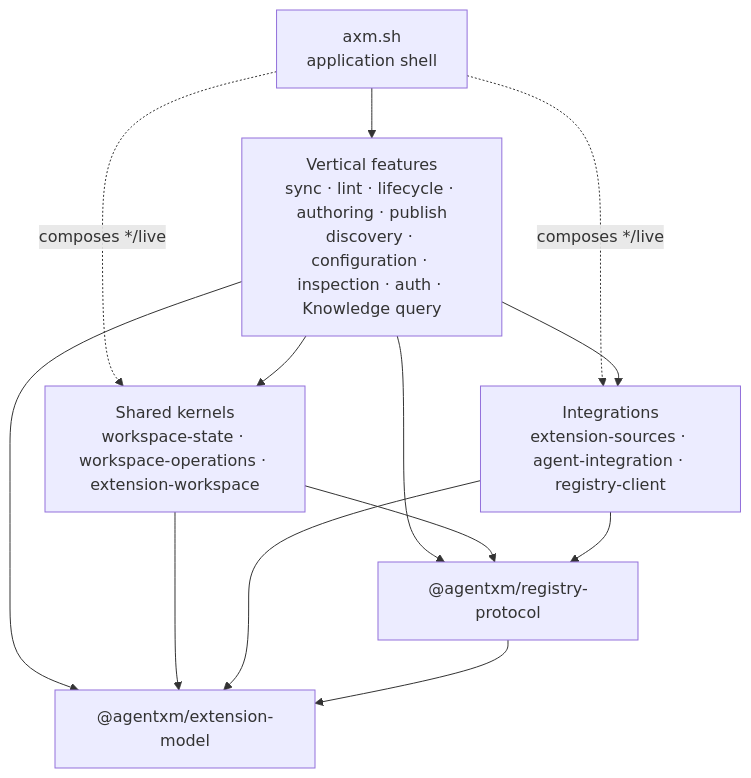
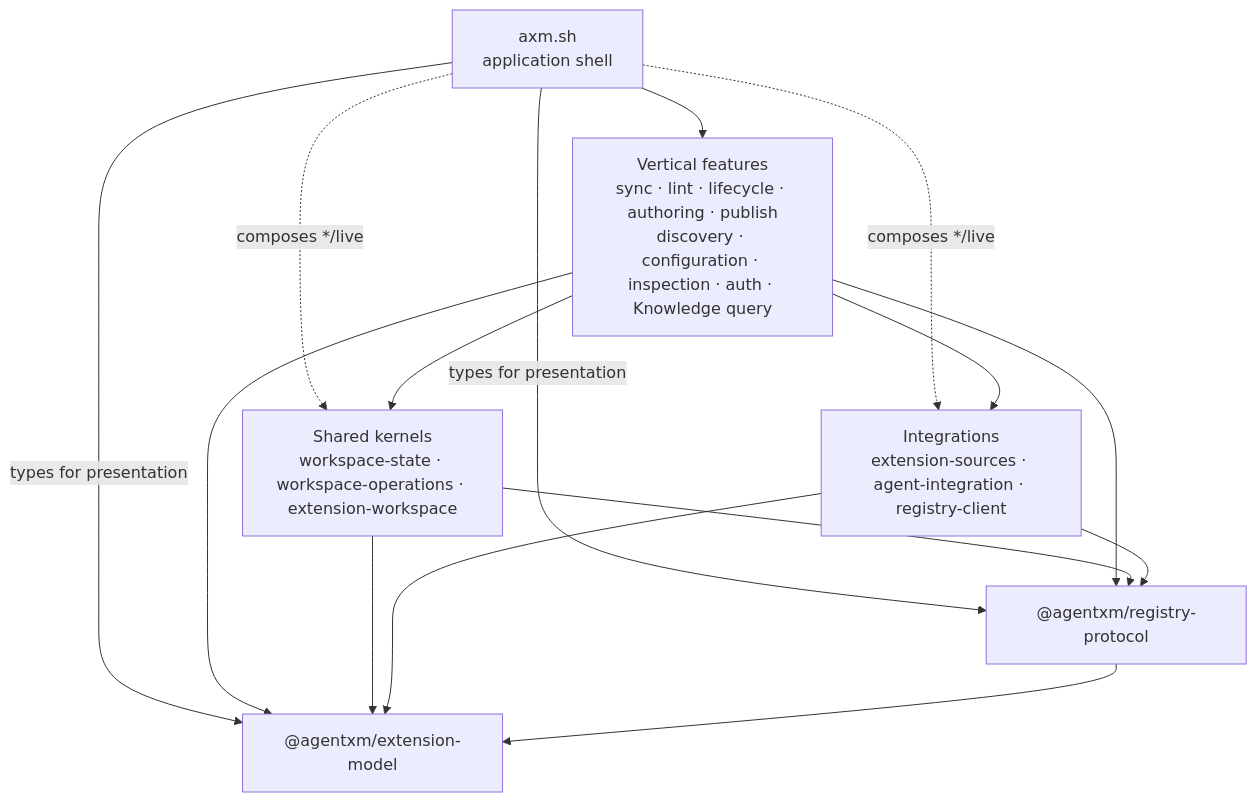
The first of 2 diagrams in docs/architecture/package-architecture.md (agentxm/axm), drawn with Mermaid before and after one commit. The commit also changed other lines of this file, not shown here.

First line of the commit message:
docs(architecture): close package-architecture boundary gaps

````diff
--- a/docs/architecture/package-architecture.md
+++ b/docs/architecture/package-architecture.md
@@ -96,22 +96,24 @@
 ```mermaid
 flowchart TB
   CLI["axm.sh\napplication shell"]
   FEATURES["Vertical features\nsync · lint · lifecycle · authoring · publish\ndiscovery · configuration · inspection · auth · Knowledge query"]
   KERNELS["Shared kernels\nworkspace-state · workspace-operations · extension-workspace"]
   INTEGRATIONS["Integrations\nextension-sources · agent-integration · registry-client"]
   PROTOCOL["@agentxm/registry-protocol"]
   MODEL["@agentxm/extension-model"]
 
   CLI --> FEATURES
+  CLI -- "types for presentation" --> PROTOCOL
+  CLI -- "types for presentation" --> MODEL
   CLI -. "composes */live" .-> KERNELS
   CLI -. "composes */live" .-> INTEGRATIONS
   FEATURES --> KERNELS
   FEATURES --> INTEGRATIONS
   FEATURES --> PROTOCOL
   FEATURES --> MODEL
   KERNELS --> PROTOCOL
   KERNELS --> MODEL
   INTEGRATIONS --> PROTOCOL
   INTEGRATIONS --> MODEL
   PROTOCOL --> MODEL
 ```
````
